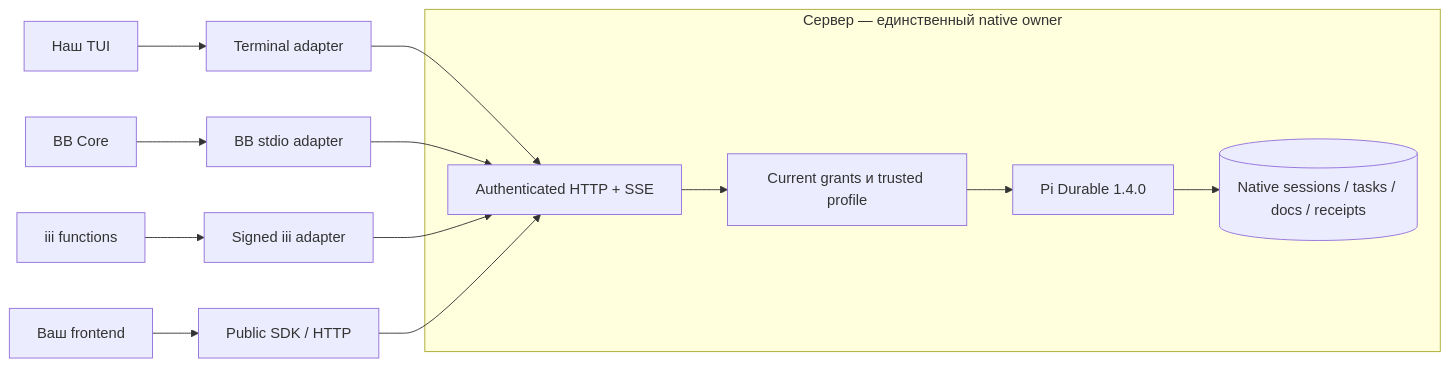
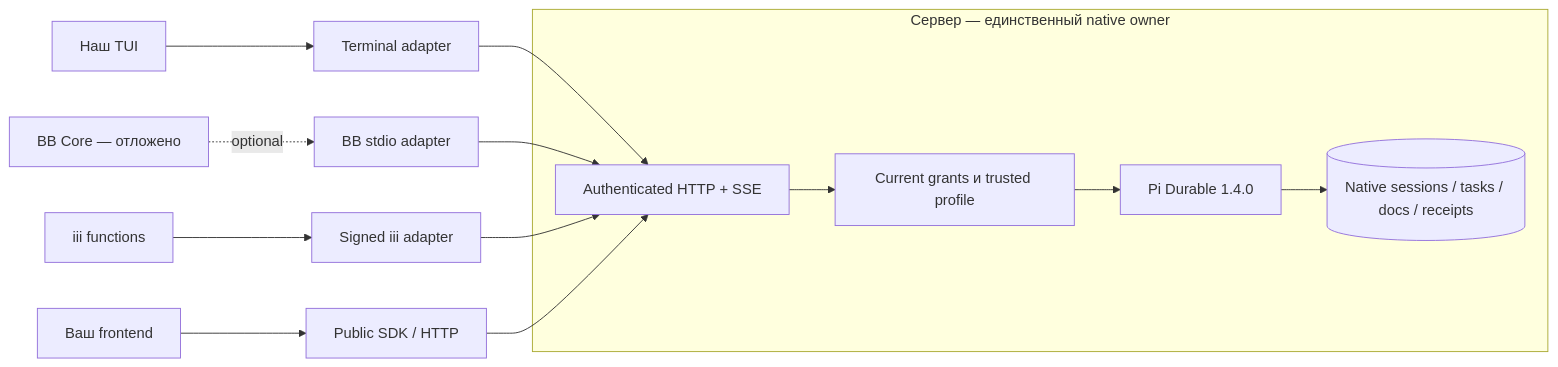
The diagram in README.md (Diffuzmetall/pi-durable-host), drawn with Mermaid before and after one commit. The commit also changed other lines of this file and 17 other files, not shown here.

````diff
--- a/README.md
+++ b/README.md
@@ -19,16 +21,16 @@
 ```mermaid
 flowchart LR
   T[Наш TUI] --> TA[Terminal adapter]
-  B[BB Core] --> BA[BB stdio adapter]
+  B[BB Core — отложено] -. optional .-> BA[BB stdio adapter]
   I[iii functions] --> IA[Signed iii adapter]
   X[Ваш frontend] --> SDK[Public SDK / HTTP]
   TA --> API
   BA --> API
   IA --> API
   SDK --> API
   subgraph Host[Сервер — единственный native owner]
     API[Authenticated HTTP + SSE] --> G[Current grants и trusted profile]
     G --> R[Pi Durable 1.4.0]
     R --> DB[(Native sessions / tasks / docs / receipts)]
   end
 ```
````
